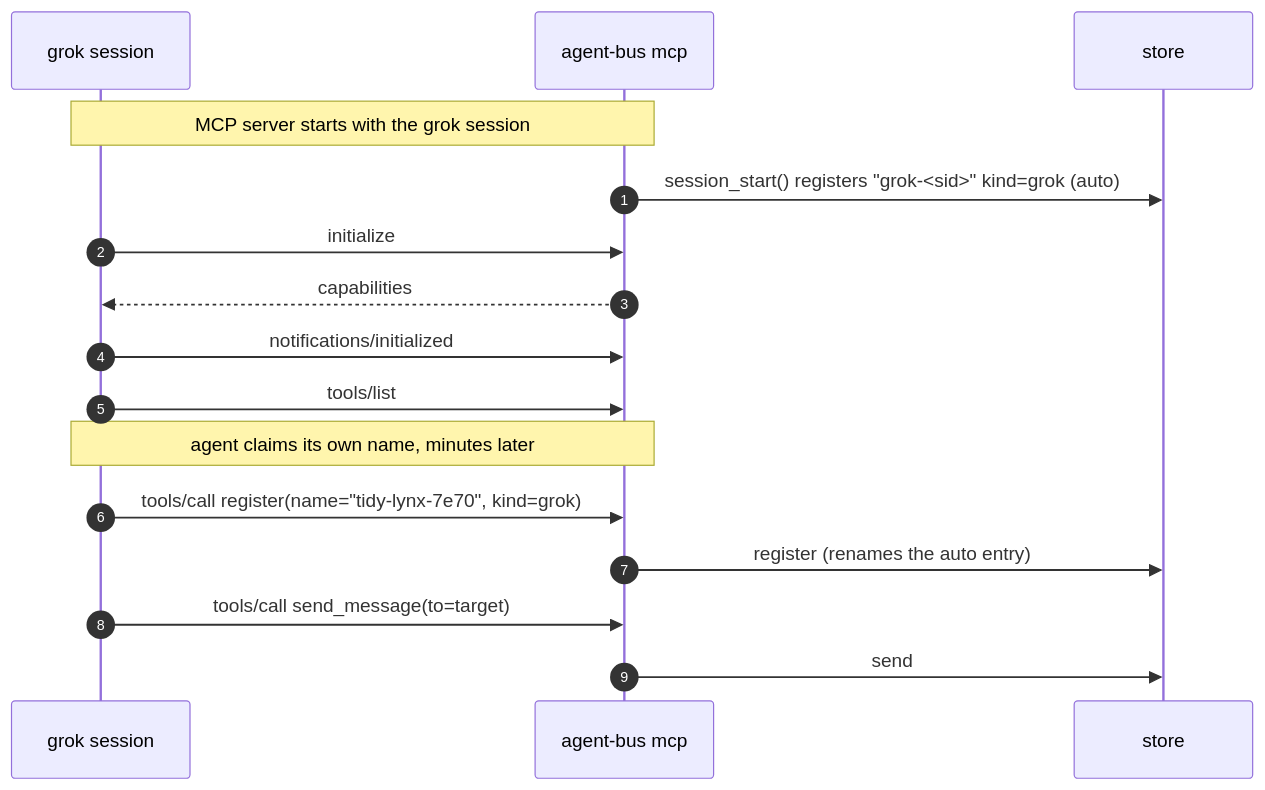
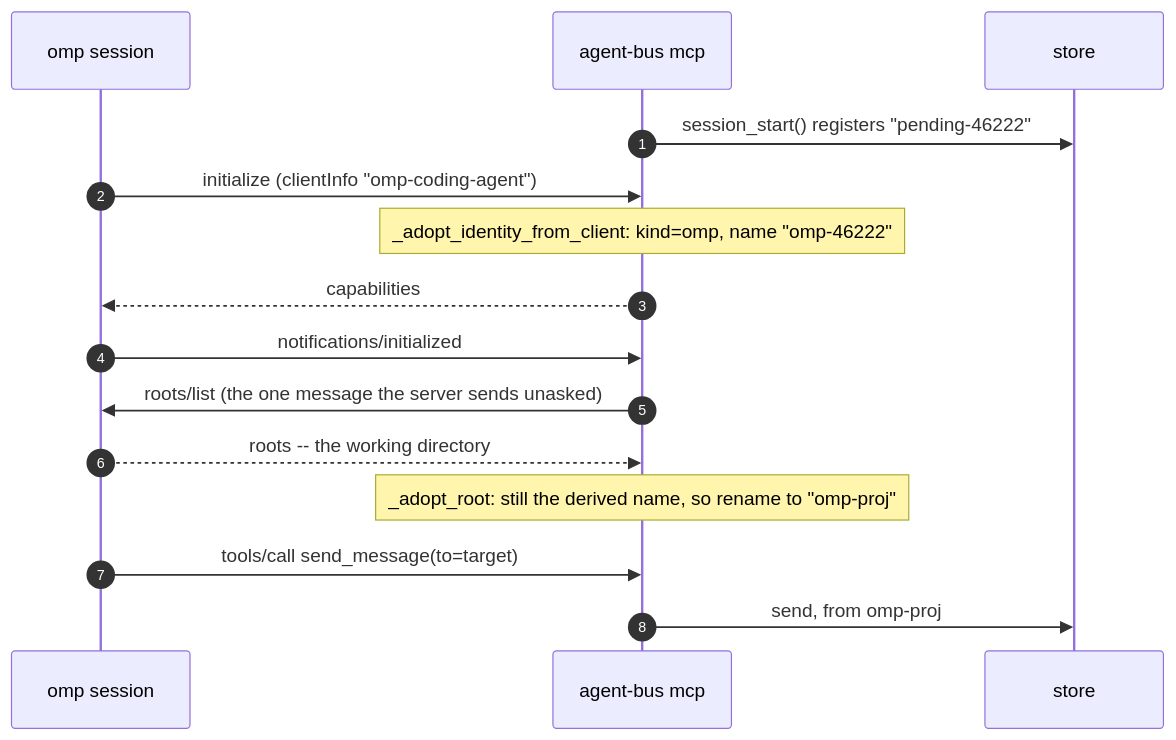
The first of 2 diagrams in tests/agent_bus/integration/test_a_harness_joins_the_bus.md (danbarua/agent-bus), drawn with Mermaid before and after one commit. The commit also changed other lines of this file and 12 other files, not shown here.

First line of the commit message:
docs+e2e: re-capture the diagrams, and fix the wireup they exposed (#334)

````diff
--- a/tests/agent_bus/integration/test_a_harness_joins_the_bus.md
+++ b/tests/agent_bus/integration/test_a_harness_joins_the_bus.md
@@ -29,19 +62,18 @@
 ```mermaid
 sequenceDiagram
     autonumber
-    participant grok as grok session
+    participant omp as omp session
     participant mcp as agent-bus mcp
     participant bus as store
 
-    Note over grok,mcp: MCP server starts with the grok session
-    mcp->>bus: session_start() registers "grok-<sid>" kind=grok (auto)
-    grok->>mcp: initialize
-    mcp-->>grok: capabilities
-    grok->>mcp: notifications/initialized
-    grok->>mcp: tools/list
-    Note over grok,mcp: agent claims its own name, minutes later
-    grok->>mcp: tools/call register(name="tidy-lynx-7e70", kind=grok)
-    mcp->>bus: register (renames the auto entry)
-    grok->>mcp: tools/call send_message(to=target)
-    mcp->>bus: send
+    mcp->>bus: session_start() registers "pending-46222"
+    omp->>mcp: initialize (clientInfo "omp-coding-agent")
+    Note over mcp: _adopt_identity_from_client: kind=omp, name "omp-46222"
+    mcp-->>omp: capabilities
+    omp->>mcp: notifications/initialized
+    mcp->>omp: roots/list (the one message the server sends unasked)
+    omp-->>mcp: roots -- the working directory
+    Note over mcp: _adopt_root: still the derived name, so rename to "omp-proj"
+    omp->>mcp: tools/call send_message(to=target)
+    mcp->>bus: send, from omp-proj
 ```
````
